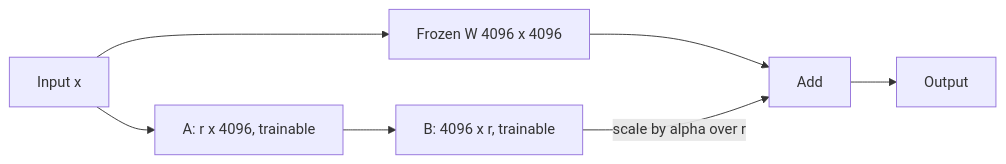
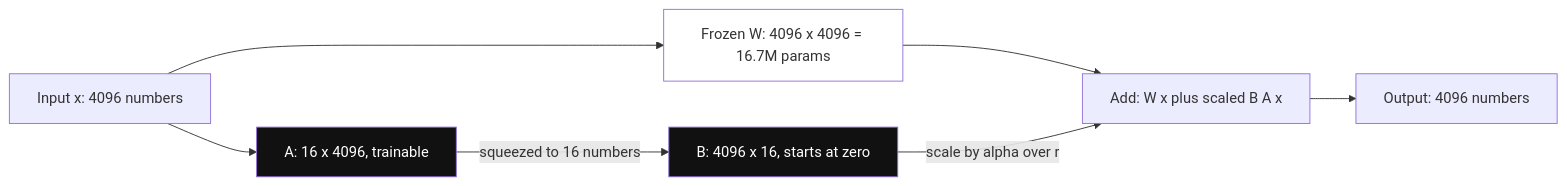
Before and after one commit to flow6979/viewinter: the sixth of 16 diagrams in content-en/11-agentic/16-fine-tuning.md, drawn with Mermaid. The commit also changed other lines of this file and 85 other files, not shown here.

First line of the commit message:
AI + RAG content: add diagrams across every page (196 -> 513)

````diff
--- a/content-en/11-agentic/16-fine-tuning.md
+++ b/content-en/11-agentic/16-fine-tuning.md
@@ -219,9 +271,13 @@
 ```mermaid
 flowchart LR
-    X["Input x"] --> W["Frozen W 4096 x 4096"]
-    X --> A["A: r x 4096, trainable"]
-    A --> B["B: 4096 x r, trainable"]
-    W --> S["Add"]
+    X["Input x: 4096 numbers"] --> W["Frozen W: 4096 x 4096 = 16.7M params"]
+    X --> A["A: 16 x 4096, trainable"]
+    A -->|squeezed to 16 numbers| B["B: 4096 x 16, starts at zero"]
+    W --> S["Add: W x plus scaled B A x"]
     B -->|scale by alpha over r| S
-    S --> Y["Output"]
+    S --> Y["Output: 4096 numbers"]
+    class W dim
+    class A,B hot
+    classDef hot fill:#111,color:#fff
+    classDef dim fill:#fff
 ```
````
